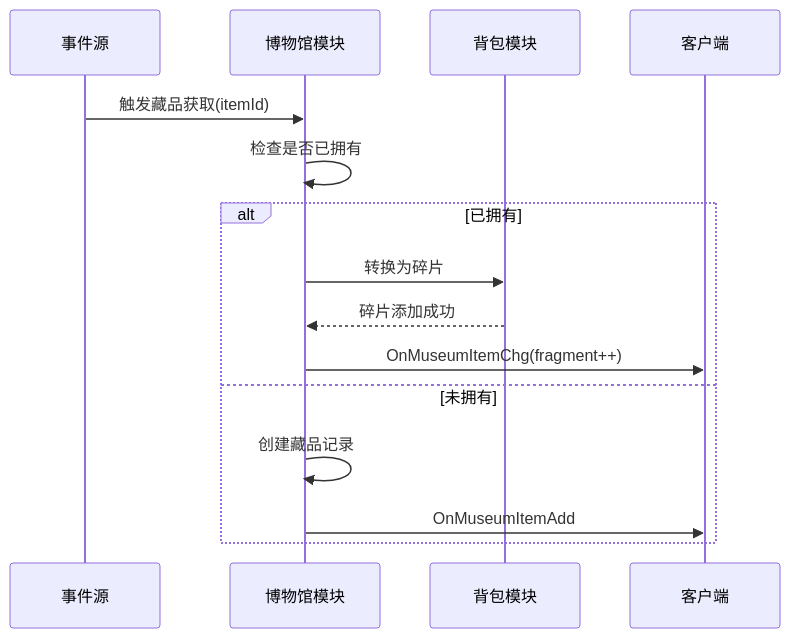
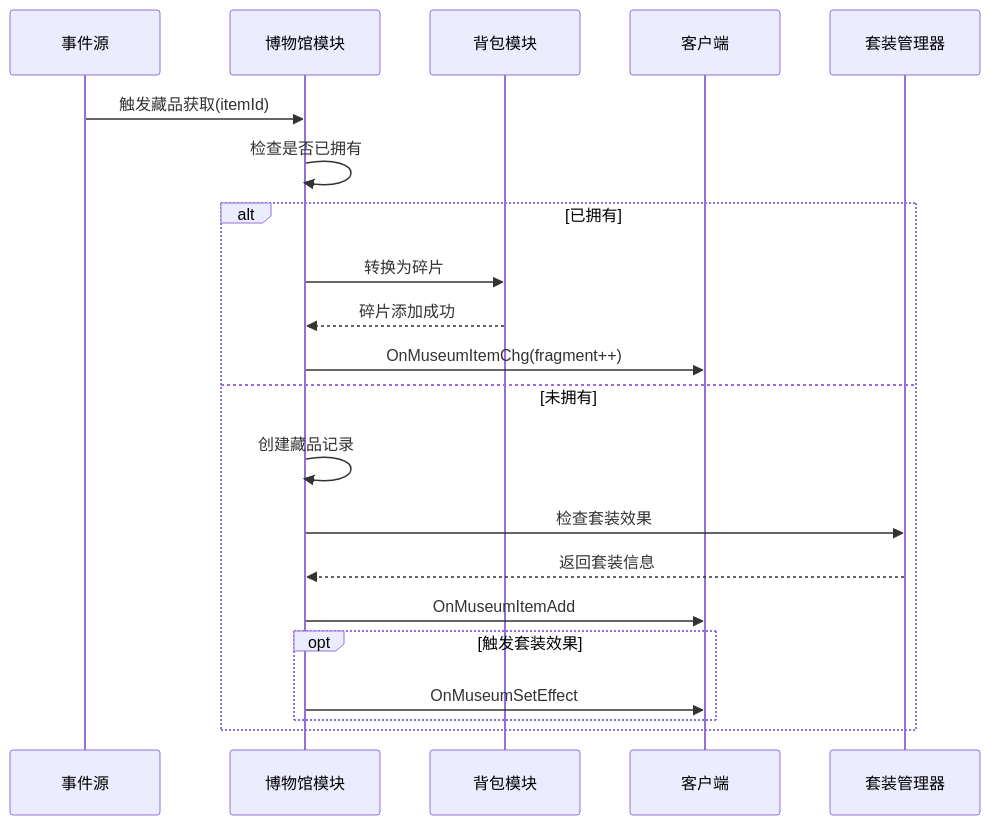
The seventh of 12 diagrams in docs/Module_Museum/02_协议文档.md (Alan-Ben/k2c_game_framework), drawn with Mermaid before and after one commit. The commit also changed other lines of this file and 5 other files, not shown here.

````diff
--- a/docs/Module_Museum/02_协议文档.md
+++ b/docs/Module_Museum/02_协议文档.md
@@ -539,19 +836,25 @@
 ```mermaid
 sequenceDiagram
     participant Event as 事件源
     participant Museum as 博物馆模块
     participant Bag as 背包模块
     participant Client as 客户端
-    
+    participant Set as 套装管理器
+
     Event->>Museum: 触发藏品获取(itemId)
     Museum->>Museum: 检查是否已拥有
-    
+
     alt 已拥有
         Museum->>Bag: 转换为碎片
         Bag-->>Museum: 碎片添加成功
         Museum->>Client: OnMuseumItemChg(fragment++)
     else 未拥有
         Museum->>Museum: 创建藏品记录
+        Museum->>Set: 检查套装效果
+        Set-->>Museum: 返回套装信息
         Museum->>Client: OnMuseumItemAdd
+        opt 触发套装效果
+            Museum->>Client: OnMuseumSetEffect
+        end
     end
 ```
````
